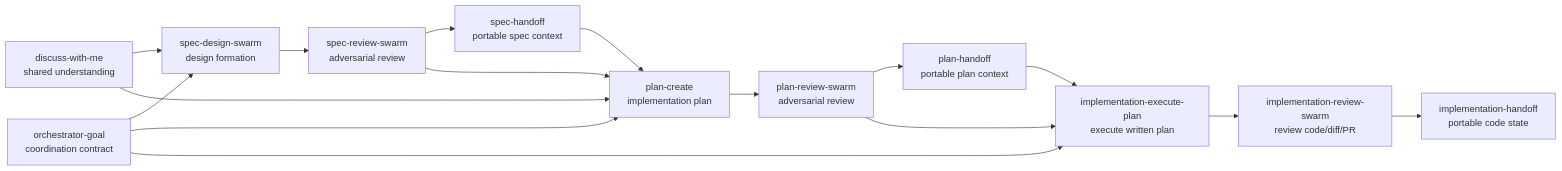
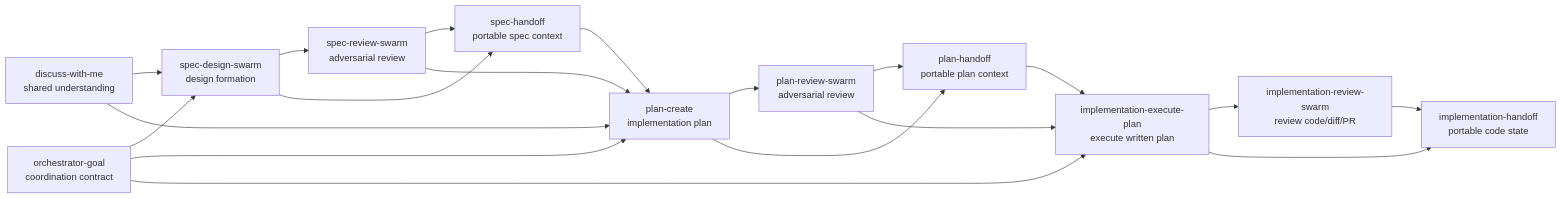
Before and after one commit to ShravanSunder/ai-tools: the diagram in plugins/shravan-dev-workflow/README.md, drawn with Mermaid. The commit also changed other lines of this file and 8 other files, not shown here.

````diff
--- a/plugins/shravan-dev-workflow/README.md
+++ b/plugins/shravan-dev-workflow/README.md
@@ -53,36 +53,39 @@
 ```mermaid
 flowchart LR
-    discuss["discuss-with-me\nshared understanding"]
-    goal["orchestrator-goal\ncoordination contract"]
+    discuss["discuss-with-me<br/>shared understanding"]
+    goal["orchestrator-goal<br/>coordination contract"]
 
-    specDesign["spec-design-swarm\ndesign formation"]
-    specReview["spec-review-swarm\nadversarial review"]
-    specHandoff["spec-handoff\nportable spec context"]
+    specDesign["spec-design-swarm<br/>design formation"]
+    specReview["spec-review-swarm<br/>adversarial review"]
+    specHandoff["spec-handoff<br/>portable spec context"]
 
-    planCreate["plan-create\nimplementation plan"]
-    planReview["plan-review-swarm\nadversarial review"]
-    planHandoff["plan-handoff\nportable plan context"]
+    planCreate["plan-create<br/>implementation plan"]
+    planReview["plan-review-swarm<br/>adversarial review"]
+    planHandoff["plan-handoff<br/>portable plan context"]
 
-    implExecute["implementation-execute-plan\nexecute written plan"]
-    implReview["implementation-review-swarm\nreview code/diff/PR"]
-    implHandoff["implementation-handoff\nportable code state"]
+    implExecute["implementation-execute-plan<br/>execute written plan"]
+    implReview["implementation-review-swarm<br/>review code/diff/PR"]
+    implHandoff["implementation-handoff<br/>portable code state"]
 
     discuss --> specDesign
     discuss --> planCreate
     goal --> specDesign
     goal --> planCreate
     goal --> implExecute
 
     specDesign --> specReview
+    specDesign --> specHandoff
     specReview --> specHandoff
     specReview --> planCreate
     specHandoff --> planCreate
 
     planCreate --> planReview
+    planCreate --> planHandoff
     planReview --> planHandoff
     planReview --> implExecute
     planHandoff --> implExecute
 
     implExecute --> implReview
+    implExecute --> implHandoff
     implReview --> implHandoff
 ```
````
